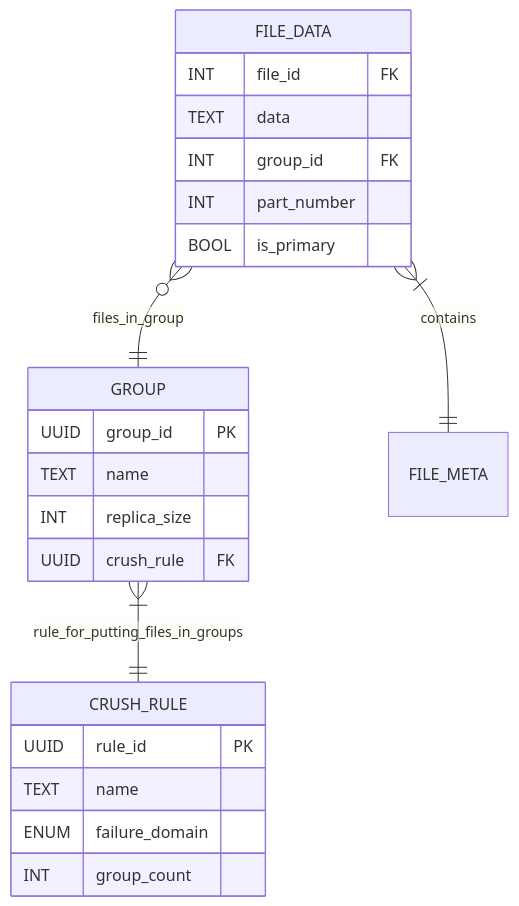
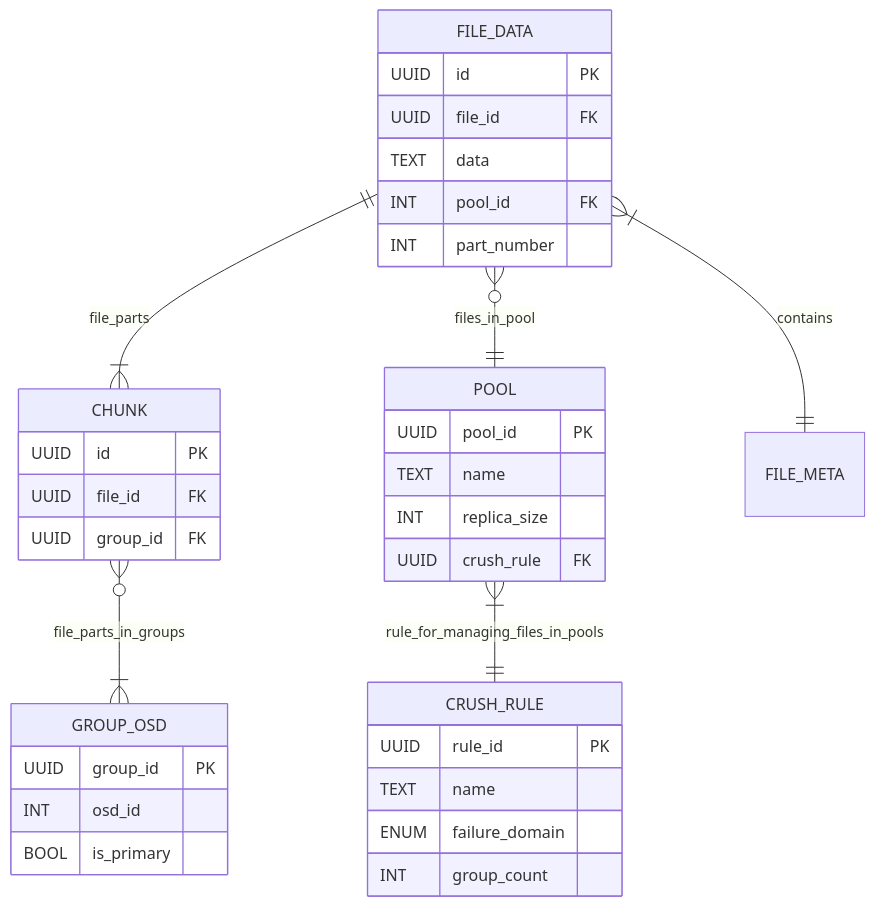
Before and after one commit to SlashLight/highload-cloud: the fourth of 4 diagrams in README.md, drawn with Mermaid. The commit also changed other lines of this file, not shown here.

````diff
--- a/README.md
+++ b/README.md
@@ -358,29 +358,43 @@
 ```mermaid
 erDiagram
 
     FILE_DATA{
-        INT file_id FK
+        UUID id PK
+        UUID file_id FK
         TEXT data
-        INT group_id FK
+        INT pool_id FK
         INT part_number
-        BOOL is_primary
     }
 
-    GROUP{
-        UUID group_id PK
+    CHUNK{
+        UUID id PK
+        UUID file_id FK
+        UUID group_id FK
+    }
+
+    POOL{
+        UUID pool_id PK
         TEXT name
         INT replica_size
         UUID crush_rule FK
     }
 
     CRUSH_RULE {
         UUID rule_id PK
         TEXT name
         ENUM failure_domain
         INT group_count
     }
 
+    GROUP_OSD {
+        UUID group_id PK
+        INT osd_id
+        BOOL is_primary
+    }
+
+FILE_DATA ||--}| CHUNK : file_parts
+CHUNK o{--}| GROUP_OSD : file_parts_in_groups
 FILE_DATA |{--|| FILE_META : contains
-FILE_DATA o{--|| GROUP : files_in_group
-GROUP |{--|| CRUSH_RULE : rule_for_putting_files_in_groups
+FILE_DATA o{--|| POOL : files_in_pool
+POOL |{--|| CRUSH_RULE : rule_for_managing_files_in_pools
 ```
````
